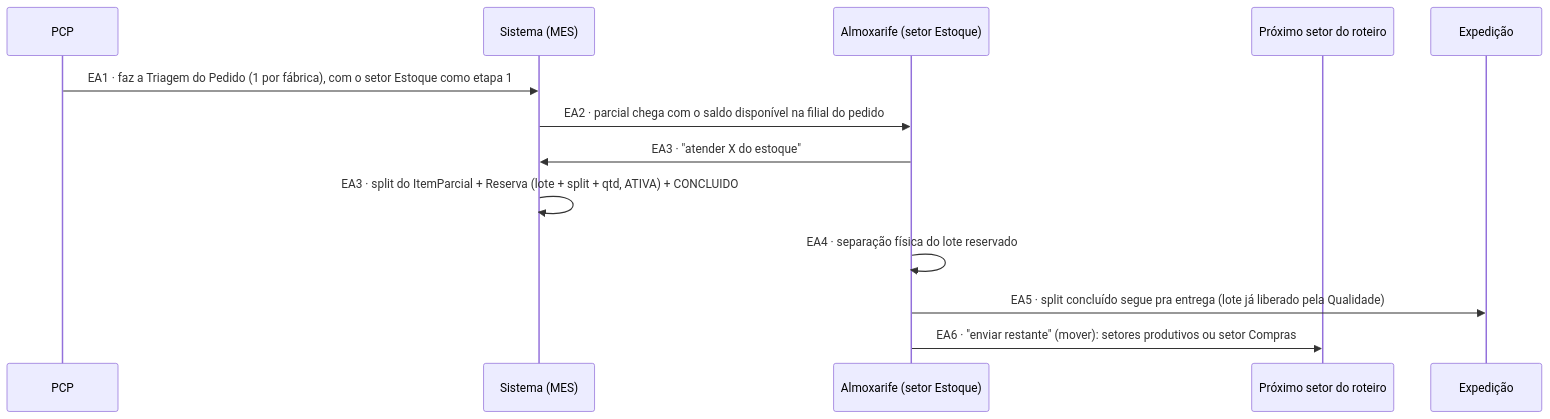
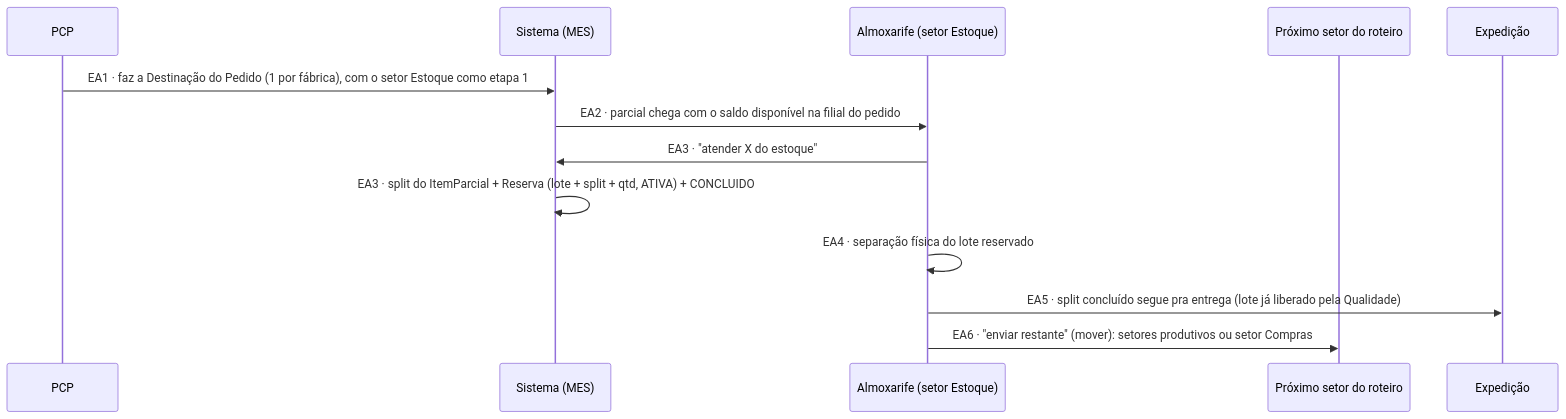
The first of 3 diagrams in 02-PRD-Estoque/Fluxo-Estoque-Completo.md (Acosvital/vault-avhub-mer), drawn with Mermaid before and after one commit. The commit also changed other lines of this file and 13 other files, not shown here.

First line of the commit message:
docs(vault): Triagem e Destinacao do Pedido; levantamento PCP legado x MES do Robert (29 lacunas)

````diff
--- a/02-PRD-Estoque/Fluxo-Estoque-Completo.md
+++ b/02-PRD-Estoque/Fluxo-Estoque-Completo.md
@@ -36,16 +36,16 @@
 ```mermaid
 sequenceDiagram
     participant PCP
     participant Sist as Sistema (MES)
     participant Alm as Almoxarife (setor Estoque)
     participant Prox as Próximo setor do roteiro
     participant Exp as Expedição
 
-    PCP->>Sist: EA1 · faz a Triagem do Pedido (1 por fábrica), com o setor Estoque como etapa 1
+    PCP->>Sist: EA1 · faz a Destinação do Pedido (1 por fábrica), com o setor Estoque como etapa 1
     Sist->>Alm: EA2 · parcial chega com o saldo disponível na filial do pedido
     Alm->>Sist: EA3 · "atender X do estoque"
     Sist->>Sist: EA3 · split do ItemParcial + Reserva (lote + split + qtd, ATIVA) + CONCLUIDO
     Alm->>Alm: EA4 · separação física do lote reservado
     Alm->>Exp: EA5 · split concluído segue pra entrega (lote já liberado pela Qualidade)
     Alm->>Prox: EA6 · "enviar restante" (mover): setores produtivos ou setor Compras
 ```
````
